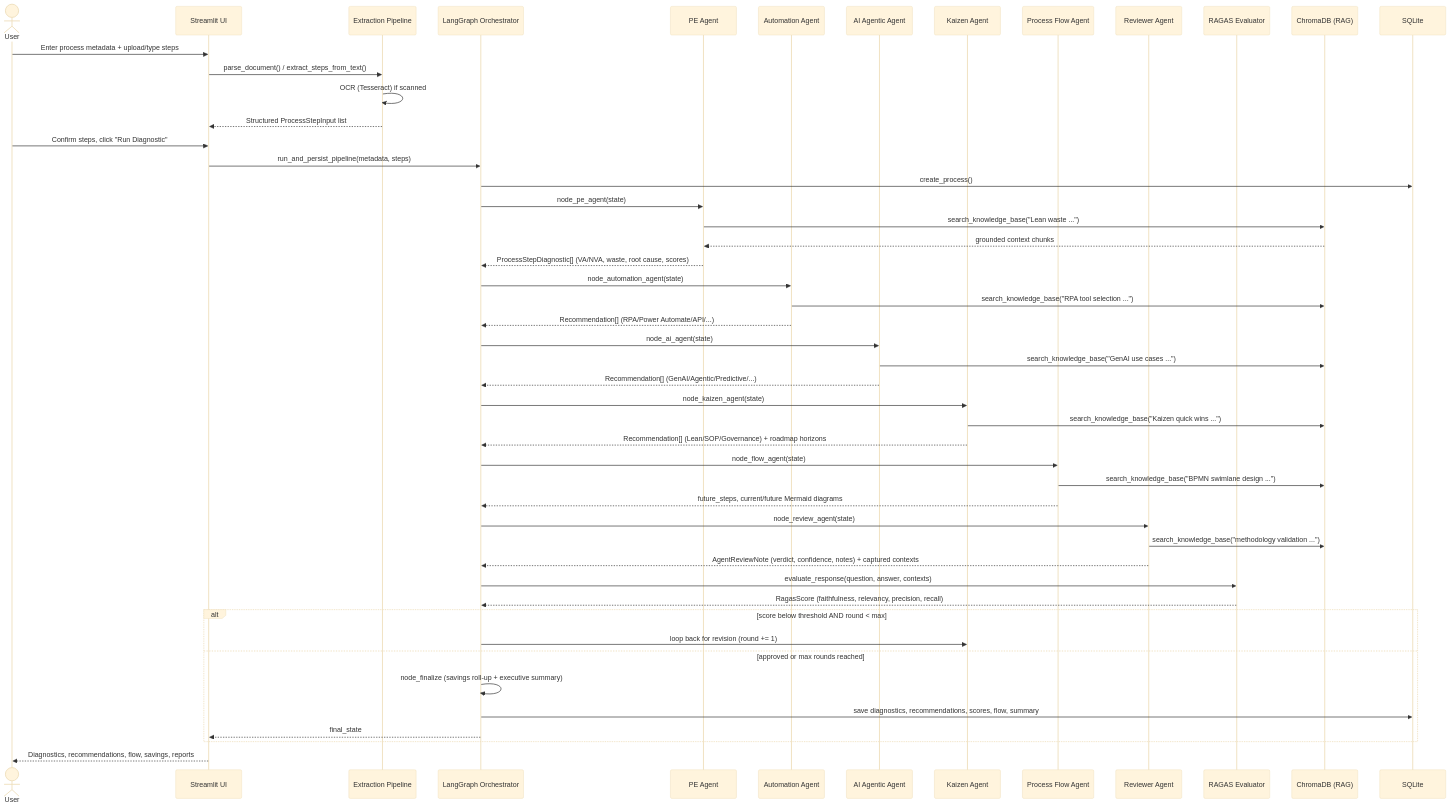
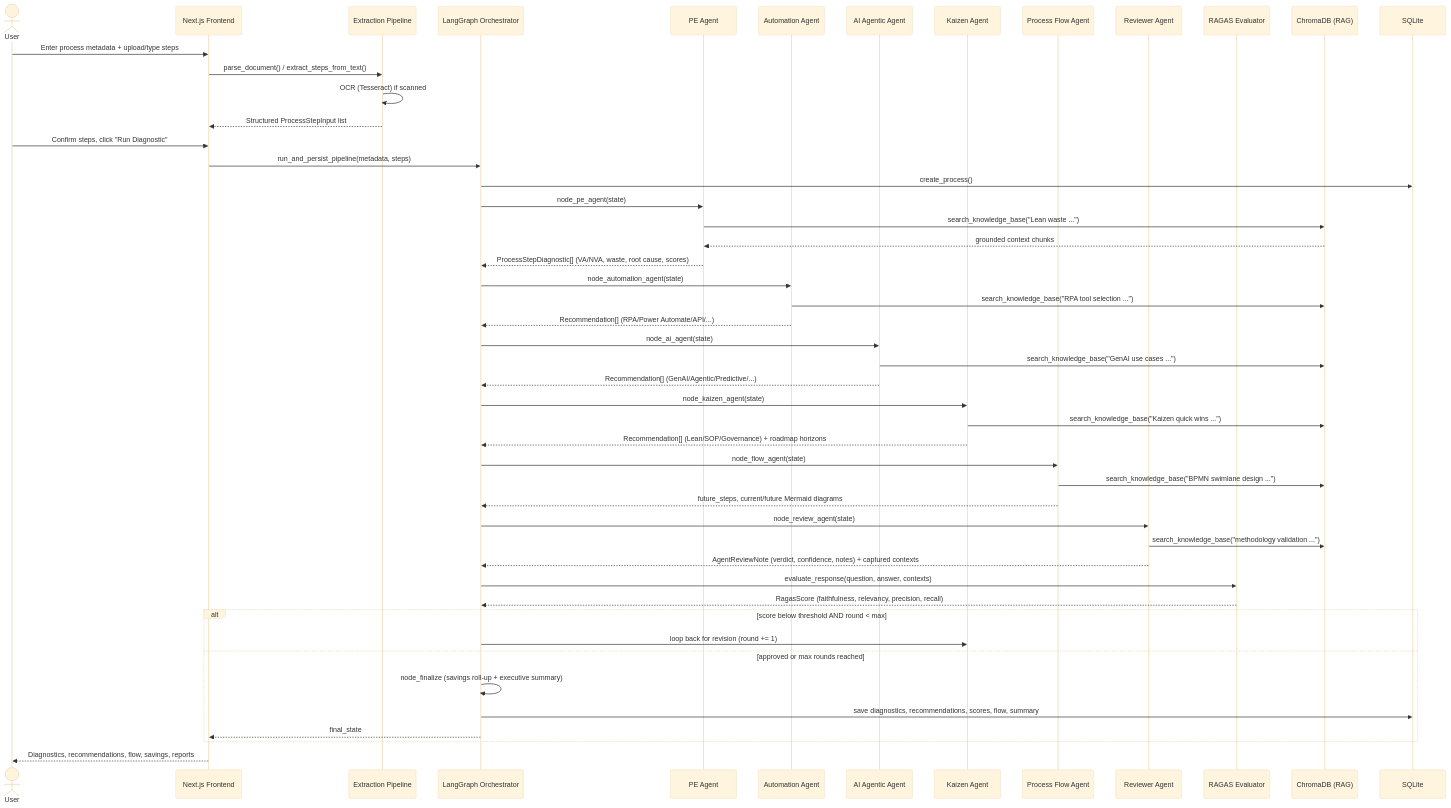
The diagram in docs/SEQUENCE.md (ashishkapoor009/process-diagnostic-gemba-walk), drawn with Mermaid (base theme) before and after one commit. The commit also changed 45 other files, not shown here.

````diff
--- a/docs/SEQUENCE.md
+++ b/docs/SEQUENCE.md
@@ -3,63 +3,63 @@
 ```mermaid
 sequenceDiagram
     actor User
-    participant UI as Streamlit UI
+    participant UI as Next.js Frontend
     participant Extract as Extraction Pipeline
     participant Orch as LangGraph Orchestrator
     participant PE as PE Agent
     participant Auto as Automation Agent
     participant AI as AI Agentic Agent
     participant Kaizen as Kaizen Agent
     participant Flow as Process Flow Agent
     participant Rev as Reviewer Agent
     participant Ragas as RAGAS Evaluator
     participant Rag as ChromaDB (RAG)
     participant DB as SQLite
 
     User->>UI: Enter process metadata + upload/type steps
     UI->>Extract: parse_document() / extract_steps_from_text()
     Extract->>Extract: OCR (Tesseract) if scanned
     Extract-->>UI: Structured ProcessStepInput list
     User->>UI: Confirm steps, click "Run Diagnostic"
 
     UI->>Orch: run_and_persist_pipeline(metadata, steps)
     Orch->>DB: create_process()
 
     Orch->>PE: node_pe_agent(state)
     PE->>Rag: search_knowledge_base("Lean waste ...")
     Rag-->>PE: grounded context chunks
     PE-->>Orch: ProcessStepDiagnostic[] (VA/NVA, waste, root cause, scores)
 
     Orch->>Auto: node_automation_agent(state)
     Auto->>Rag: search_knowledge_base("RPA tool selection ...")
     Auto-->>Orch: Recommendation[] (RPA/Power Automate/API/...)
 
     Orch->>AI: node_ai_agent(state)
     AI->>Rag: search_knowledge_base("GenAI use cases ...")
     AI-->>Orch: Recommendation[] (GenAI/Agentic/Predictive/...)
 
     Orch->>Kaizen: node_kaizen_agent(state)
     Kaizen->>Rag: search_knowledge_base("Kaizen quick wins ...")
     Kaizen-->>Orch: Recommendation[] (Lean/SOP/Governance) + roadmap horizons
 
     Orch->>Flow: node_flow_agent(state)
     Flow->>Rag: search_knowledge_base("BPMN swimlane design ...")
     Flow-->>Orch: future_steps, current/future Mermaid diagrams
 
     Orch->>Rev: node_review_agent(state)
     Rev->>Rag: search_knowledge_base("methodology validation ...")
     Rev-->>Orch: AgentReviewNote (verdict, confidence, notes) + captured contexts
 
     Orch->>Ragas: evaluate_response(question, answer, contexts)
     Ragas-->>Orch: RagasScore (faithfulness, relevancy, precision, recall)
 
     alt score below threshold AND round < max
         Orch->>Kaizen: loop back for revision (round += 1)
     else approved or max rounds reached
         Orch->>Orch: node_finalize (savings roll-up + executive summary)
         Orch->>DB: save diagnostics, recommendations, scores, flow, summary
         Orch-->>UI: final_state
     end
 
     UI-->>User: Diagnostics, recommendations, flow, savings, reports
 ```
````
